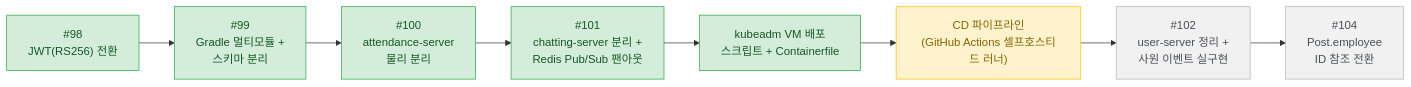
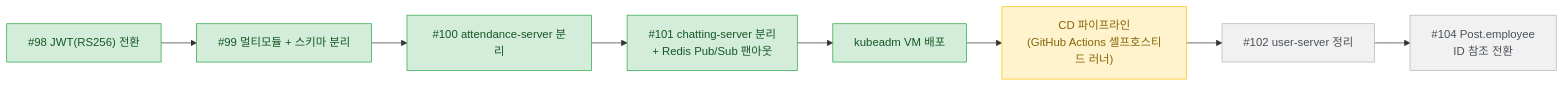
One commit to chulgunhaza/chulgunhaza-backend changed the second of 2 diagrams in README.md. Above: the diagram before and after it, drawn with Mermaid. The commit also changed other lines of this file and 1 other file, not shown here.

````diff
--- a/README.md
+++ b/README.md
@@ -216,14 +86,14 @@
 ```mermaid
 flowchart LR
     classDef done fill:#d4edda,stroke:#28a745,color:#155724
     classDef progress fill:#fff3cd,stroke:#ffc107,color:#856404
     classDef todo fill:#f1f1f1,stroke:#adb5bd,color:#495057
 
-    A["#98<br/>JWT(RS256) 전환"]:::done --> B["#99<br/>Gradle 멀티모듈 +<br/>스키마 분리"]:::done
-    B --> C["#100<br/>attendance-server<br/>물리 분리"]:::done
-    C --> D["#101<br/>chatting-server 분리 +<br/>Redis Pub/Sub 팬아웃"]:::done
-    D --> E["kubeadm VM 배포<br/>스크립트 + Containerfile"]:::done
+    A["#98 JWT(RS256) 전환"]:::done --> B["#99 멀티모듈 + 스키마 분리"]:::done
+    B --> C["#100 attendance-server 분리"]:::done
+    C --> D["#101 chatting-server 분리<br/>+ Redis Pub/Sub 팬아웃"]:::done
+    D --> E["kubeadm VM 배포"]:::done
     E --> F["CD 파이프라인<br/>(GitHub Actions 셀프호스티드 러너)"]:::progress
-    F --> G["#102<br/>user-server 정리 +<br/>사원 이벤트 실구현"]:::todo
-    G --> H["#104<br/>Post.employee<br/>ID 참조 전환"]:::todo
+    F --> G["#102 user-server 정리"]:::todo
+    G --> H["#104 Post.employee<br/>ID 참조 전환"]:::todo
 ```
````
